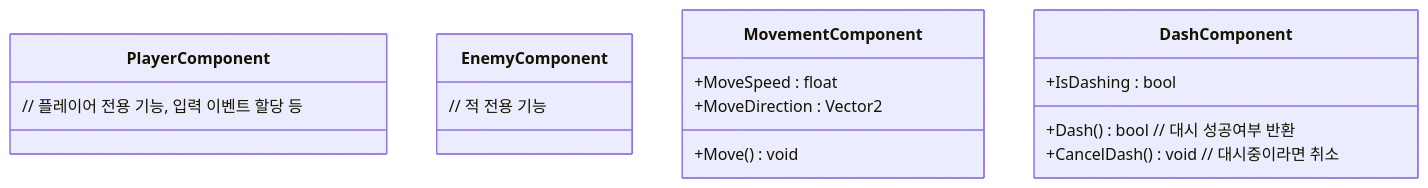
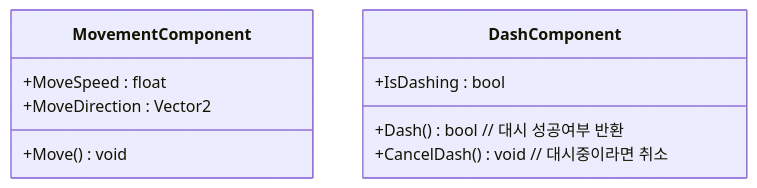
The second of 6 diagrams in Assets/_README/Entity_설계.md (JIN5EOK/DungeonShooter), drawn with Mermaid before and after one commit. The commit also changed other lines of this file and 6 other files, not shown here.

````diff
--- a/Assets/_README/Entity_설계.md
+++ b/Assets/_README/Entity_설계.md
@@ -40,19 +49,13 @@
 ```mermaid
 classDiagram
-    class PlayerComponent{
-        // 플레이어 전용 기능, 입력 이벤트 할당 등
-    }
-    class EnemyComponent{
-        // 적 전용 기능
-    }
     class MovementComponent{
         +MoveSpeed : float
         +MoveDirection : Vector2
         +Move() void
     }
     class DashComponent{
         +IsDashing : bool
         +Dash() bool // 대시 성공여부 반환
         +CancelDash() void // 대시중이라면 취소
     }
 ```
````
